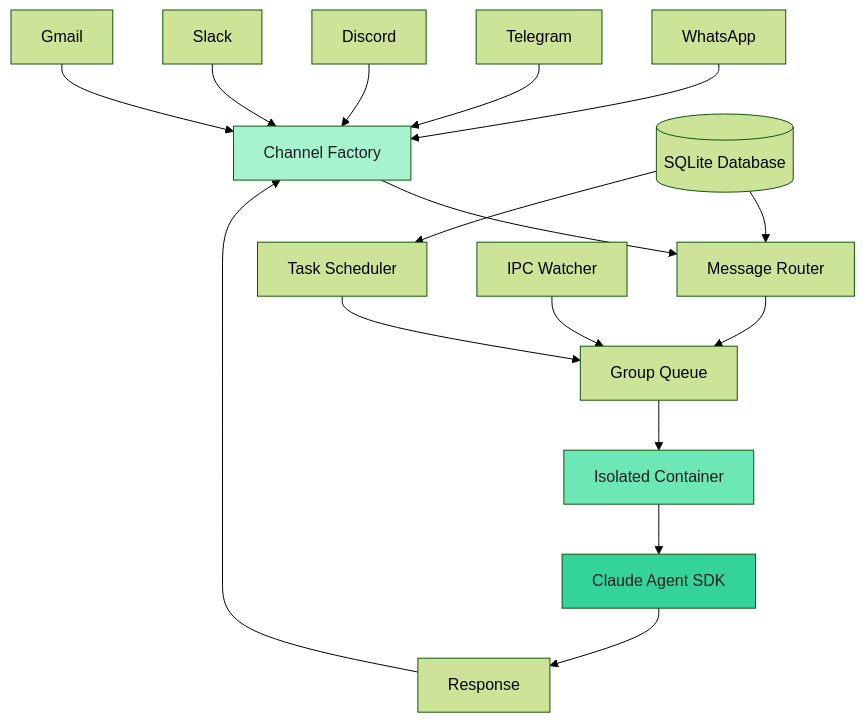
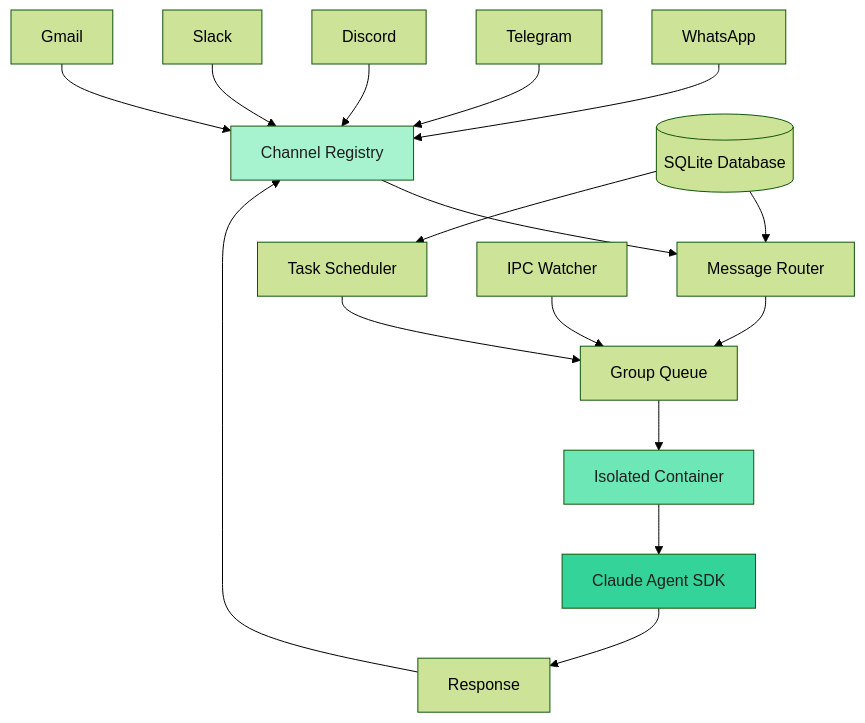
The first of 3 diagrams in concepts/architecture.mdx (glifocat/nanoclaw-docs), drawn with Mermaid (forest theme) before and after one commit. The commit also changed other lines of this file and 13 other files, not shown here.

````diff
--- a/concepts/architecture.mdx
+++ b/concepts/architecture.mdx
@@ -14,24 +14,24 @@
 ```mermaid
 graph TB
-    WA[WhatsApp] --> CF[Channel Factory]
-    TG[Telegram] --> CF
-    DC[Discord] --> CF
-    SL[Slack] --> CF
-    GM[Gmail] --> CF
-    CF --> Router[Message Router]
+    WA[WhatsApp] --> CR[Channel Registry]
+    TG[Telegram] --> CR
+    DC[Discord] --> CR
+    SL[Slack] --> CR
+    GM[Gmail] --> CR
+    CR --> Router[Message Router]
     Router --> Queue[Group Queue]
     Queue --> Container[Isolated Container]
     Container --> Agent[Claude Agent SDK]
     Agent --> Response[Response]
-    Response --> CF
+    Response --> CR
 
     Scheduler[Task Scheduler] --> Queue
     IPC[IPC Watcher] --> Queue
 
     DB[(SQLite Database)] --> Router
     DB --> Scheduler
 
     style Container fill:#6ee7b7,color:#1e1e1e
     style Agent fill:#34d399,color:#1e1e1e
-    style CF fill:#a7f3d0,color:#1e1e1e
+    style CR fill:#a7f3d0,color:#1e1e1e
 ```
````
